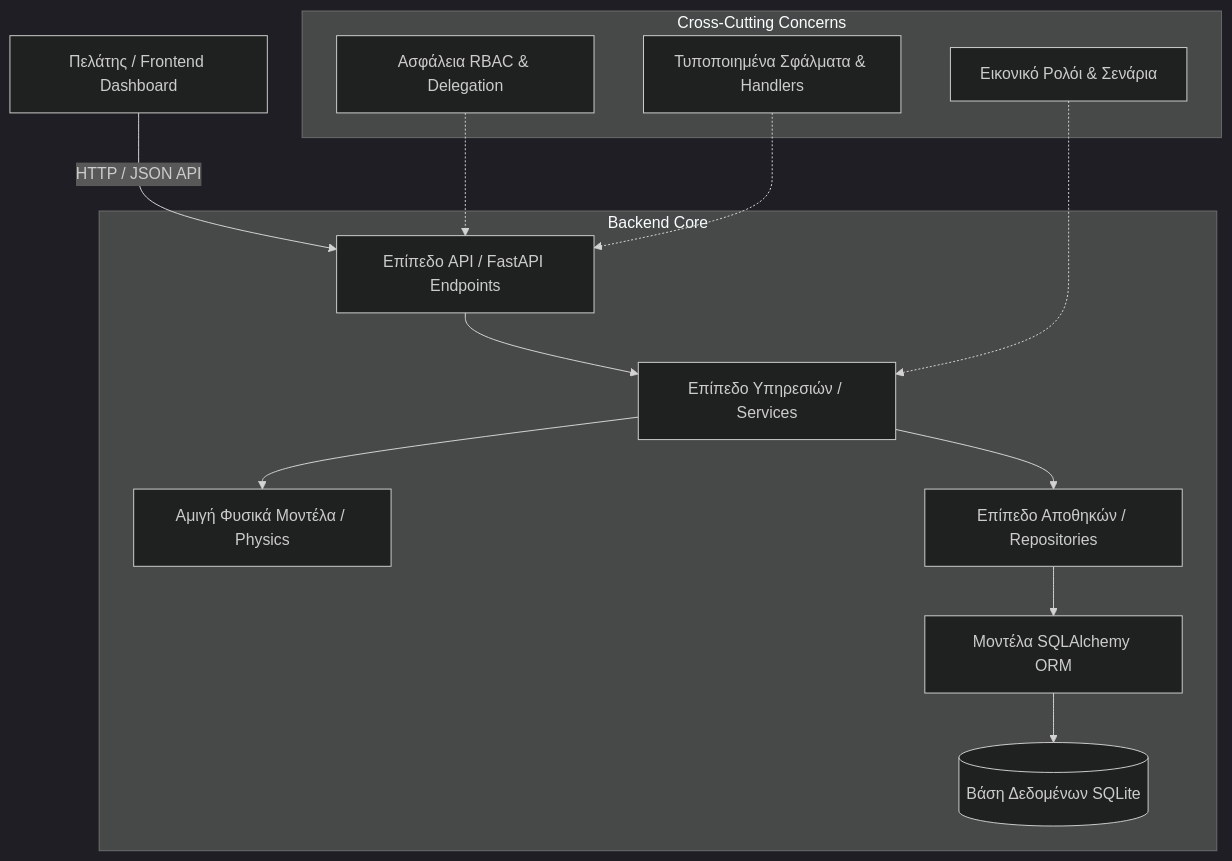
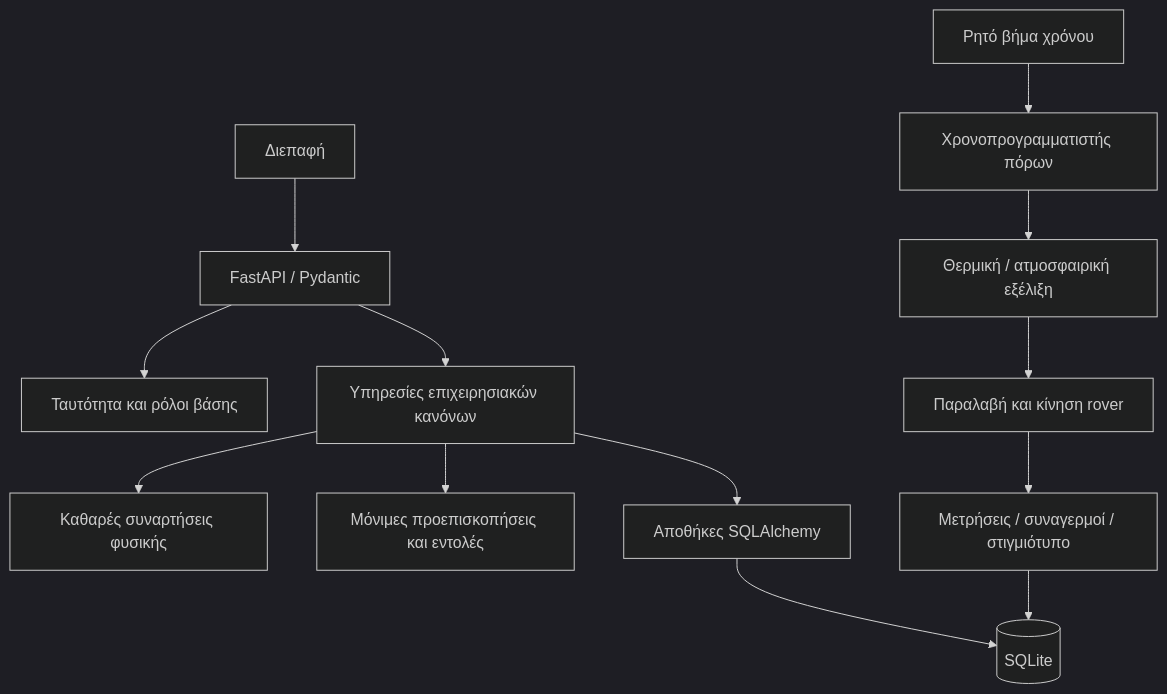
Before and after one commit to train-cell/smart-mars-colony: the first of 2 diagrams in docs/backend/02-arxitektoniki.md, drawn with Mermaid (dark theme). The commit also changed other lines of this file and 107 other files, not shown here.

First line of the commit message:
feat(backend): ολοκλήρωση προσομοίωσης και ασφαλών εντολών με ελέγχους παράδοσης

````diff
--- a/docs/backend/02-arxitektoniki.md
+++ b/docs/backend/02-arxitektoniki.md
@@ -6,18 +3,15 @@
 ```mermaid
 flowchart TD
-    Client[Πελάτης / Frontend Dashboard] -->|HTTP / JSON API| API[Επίπεδο API / FastAPI Endpoints]
-    
-    subgraph Backend Core
-        API --> Ypiresies[Επίπεδο Υπηρεσιών / Services]
-        Ypiresies --> FysikaMontela[Αμιγή Φυσικά Μοντέλα / Physics]
-        Ypiresies --> Apothikes[Επίπεδο Αποθηκών / Repositories]
-        Apothikes --> ORM[Μοντέλα SQLAlchemy ORM]
-        ORM --> DB[(Βάση Δεδομένων SQLite)]
-    end
-
-    subgraph Cross-Cutting Concerns
-        Asfaleia[Ασφάλεια RBAC & Delegation] -.-> API
-        Sfalmata[Τυποποιημένα Σφάλματα & Handlers] -.-> API
-        Prosomoiwsi[Εικονικό Ρολόι & Σενάρια] -.-> Ypiresies
-    end
+    UI[Διεπαφή] --> API[FastAPI / Pydantic]
+    API --> RB[Ταυτότητα και ρόλοι βάσης]
+    API --> YP[Υπηρεσίες επιχειρησιακών κανόνων]
+    YP --> FY[Καθαρές συναρτήσεις φυσικής]
+    YP --> PR[Μόνιμες προεπισκοπήσεις και εντολές]
+    YP --> AP[Αποθήκες SQLAlchemy]
+    AP --> DB[(SQLite)]
+    VI[Ρητό βήμα χρόνου] --> PO[Χρονοπρογραμματιστής πόρων]
+    PO --> ZW[Θερμική / ατμοσφαιρική εξέλιξη]
+    ZW --> OX[Παραλαβή και κίνηση rover]
+    OX --> ME[Μετρήσεις / συναγερμοί / στιγμιότυπο]
+    ME --> DB
 ```
````
